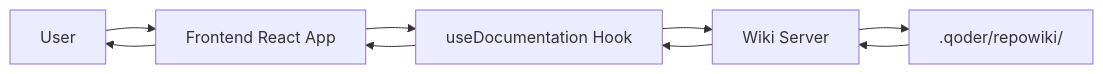
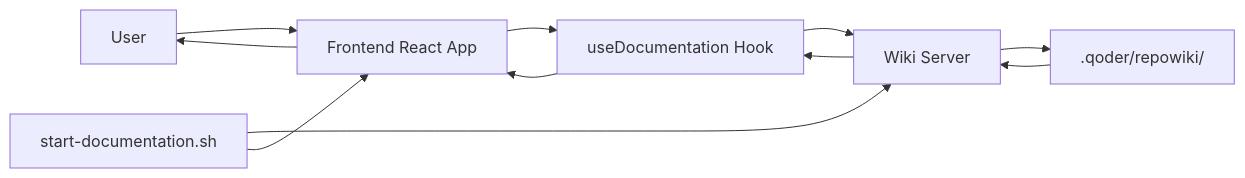
The second of 7 diagrams in .qoder/repowiki/en/content/Documentation System.md (gaigenticai/Regulens), drawn with Mermaid before and after one commit. The commit also changed other lines of this file and 16 other files, not shown here.

````diff
--- a/.qoder/repowiki/en/content/Documentation System.md
+++ b/.qoder/repowiki/en/content/Documentation System.md
@@ -85,11 +97,13 @@
 ```mermaid
 graph LR
 User[User] --> Frontend[Frontend React App]
 Frontend --> Hook[useDocumentation Hook]
 Hook --> Backend[Wiki Server]
 Backend --> Wiki[.qoder/repowiki/]
 Wiki --> Backend
 Backend --> Hook
 Hook --> Frontend
 Frontend --> User
+Startup[start-documentation.sh] --> Backend
+Startup --> Frontend
 ```
````
